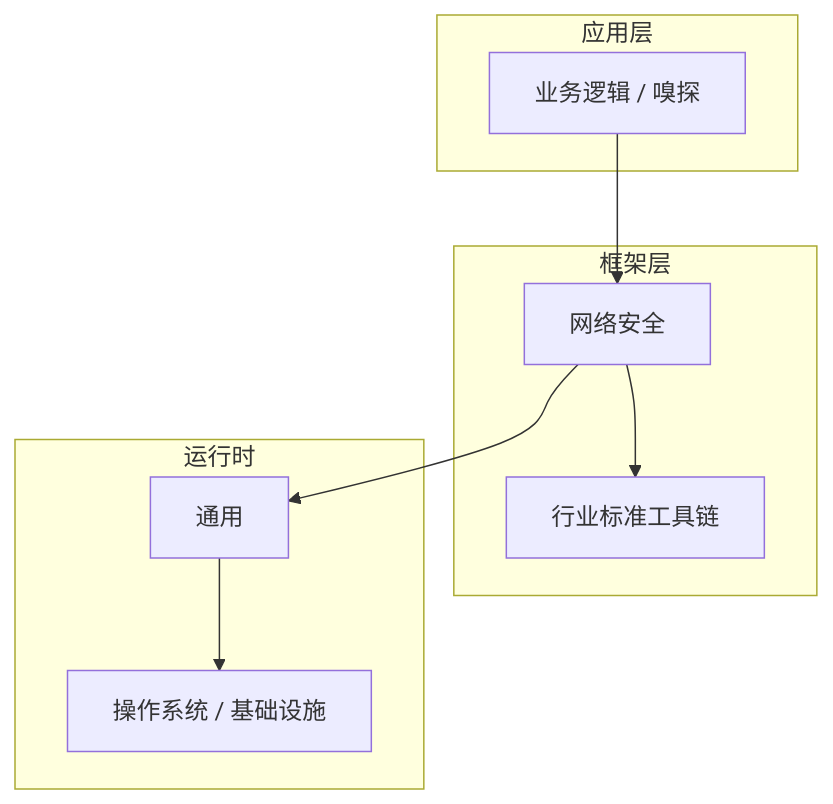
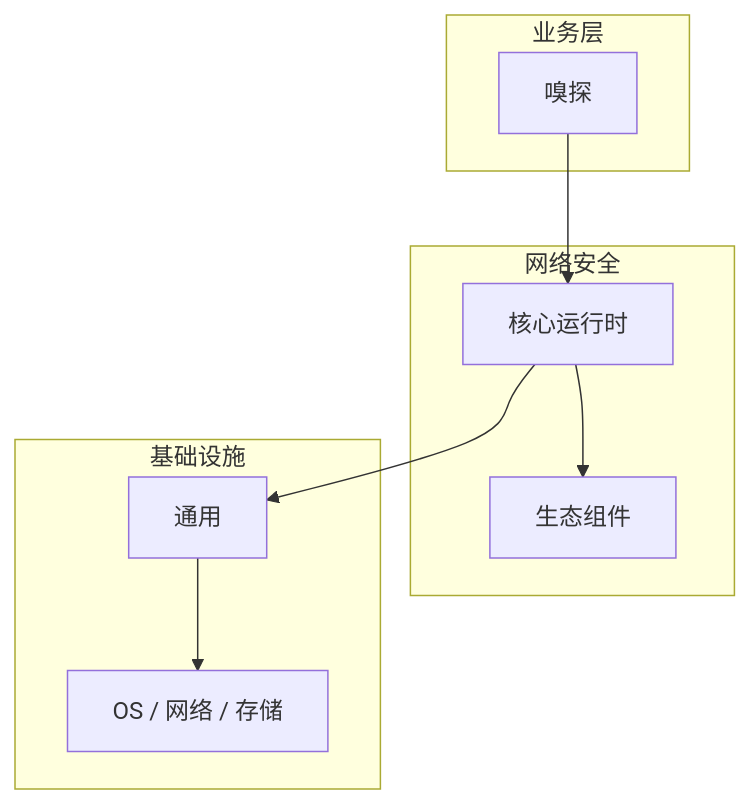
Before and after one commit to yanggan2015/knowledge-json-v2: the diagram in articles/网络安全/chapters/064-嗅探核心概念与原理.md, drawn with Mermaid. The commit also changed other lines of this file and 10127 other files, not shown here.

````diff
--- a/articles/网络安全/chapters/064-嗅探核心概念与原理.md
+++ b/articles/网络安全/chapters/064-嗅探核心概念与原理.md
@@ -46,18 +35,18 @@
 ```mermaid
 graph TB
-    subgraph 应用层
-        A[业务逻辑 / 嗅探]
+    subgraph 业务层
+        A[嗅探]
     end
-    subgraph 框架层
-        B[网络安全]
-        C[行业标准工具链]
+    subgraph 网络安全
+        B[核心运行时]
+        C[生态组件]
     end
-    subgraph 运行时
+    subgraph 基础设施
         D[通用]
-        E[操作系统 / 基础设施]
+        E[OS / 网络 / 存储]
     end
     A --> B
     B --> C
     B --> D
     D --> E
 ```
````
